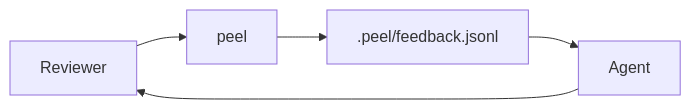
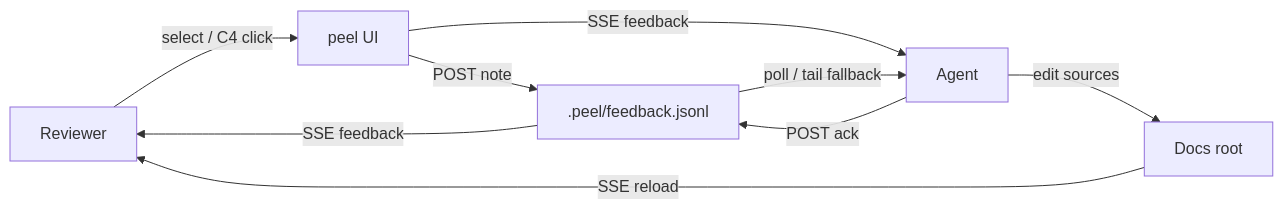
One commit to wnoronha/peel changed the diagram in docs/2026-10-25-architecture-decision-record-agent-feedback-pipeline-review-workflow.md. Above: the diagram before and after it, drawn with Mermaid. The commit also changed other lines of this file and 20 other files, not shown here.

````diff
--- a/docs/2026-10-25-architecture-decision-record-agent-feedback-pipeline-review-workflow.md
+++ b/docs/2026-10-25-architecture-decision-record-agent-feedback-pipeline-review-workflow.md
@@ -9,7 +25,11 @@
 ```mermaid
 flowchart LR
-  A[Reviewer] --> B[peel]
-  B --> C[.peel/feedback.jsonl]
-  C --> D[Agent]
-  D --> A
+  U[Reviewer] -->|select / C4 click| P[peel UI]
+  P -->|POST note| L[.peel/feedback.jsonl]
+  P -->|SSE feedback| A[Agent]
+  L -->|poll / tail fallback| A
+  A -->|edit sources| D[Docs root]
+  A -->|POST ack| L
+  D -->|SSE reload| U
+  L -->|SSE feedback| U
 ```
````
